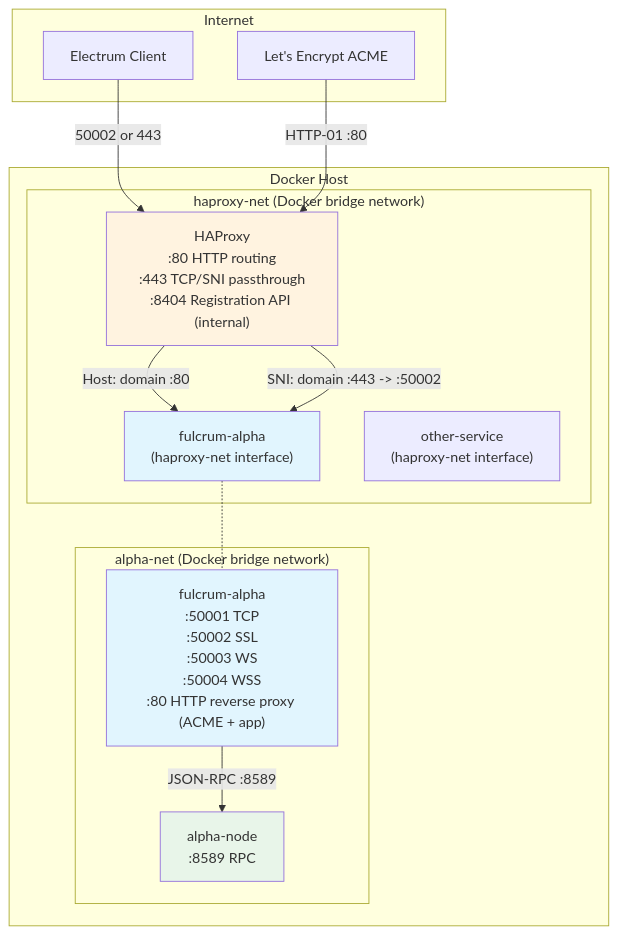
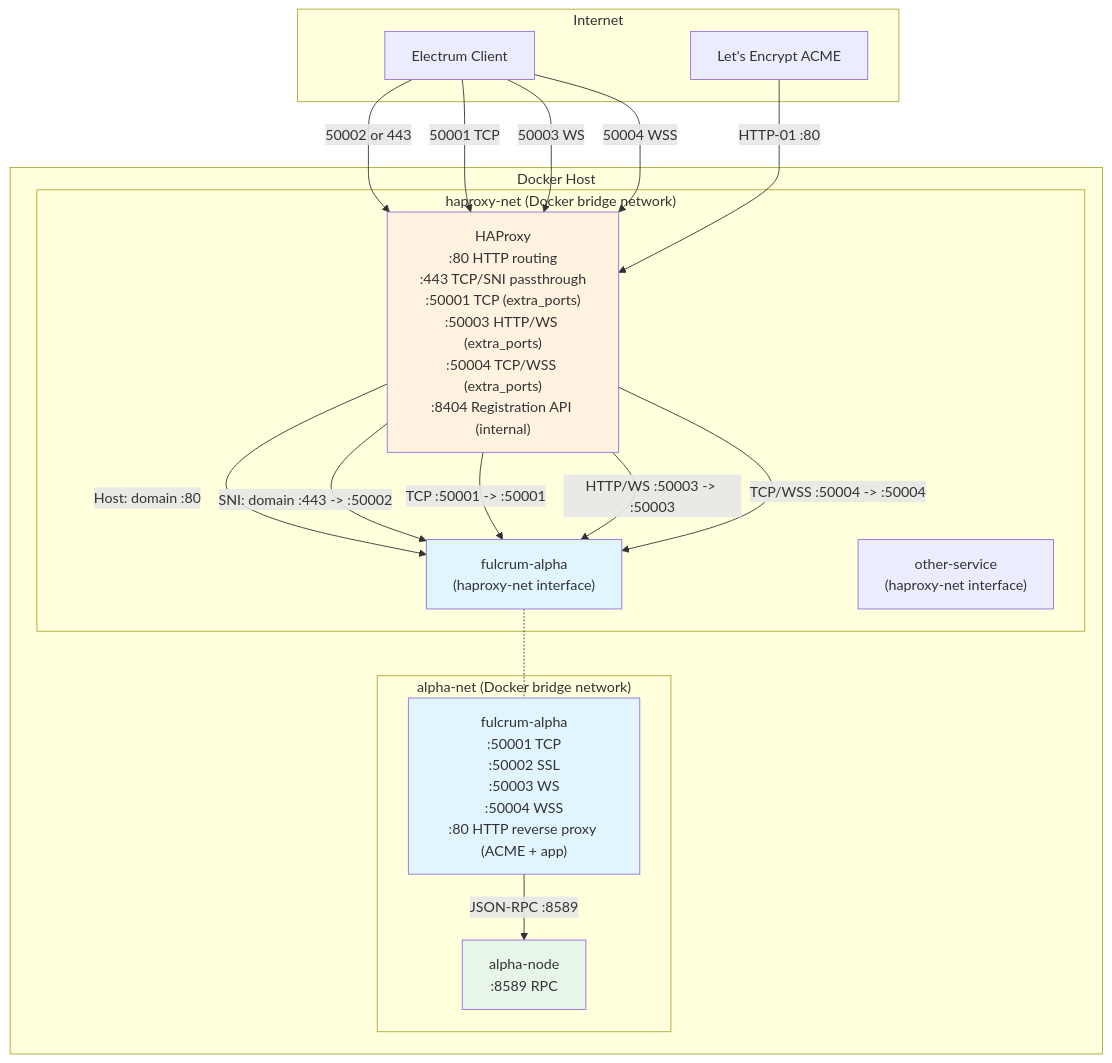
The second of 2 diagrams in docker/specs/SSL_MANAGEMENT_ARCHITECTURE.md (unicitynetwork/Fulcrum-Alpha), drawn with Mermaid before and after one commit. The commit also changed other lines of this file and 1 other file, not shown here.

First line of the commit message:
feat(docker): support non-standard ports and WebSocket via HAProxy

````diff
--- a/docker/specs/SSL_MANAGEMENT_ARCHITECTURE.md
+++ b/docker/specs/SSL_MANAGEMENT_ARCHITECTURE.md
@@ -965,32 +1022,38 @@
 ```mermaid
 graph TB
     subgraph Internet
         Client[Electrum Client]
         LE[Let's Encrypt ACME]
     end
 
     subgraph Host["Docker Host"]
         subgraph haproxy-net["haproxy-net (Docker bridge network)"]
-            HAProxy["HAProxy<br/>:80 HTTP routing<br/>:443 TCP/SNI passthrough<br/>:8404 Registration API (internal)"]
+            HAProxy["HAProxy<br/>:80 HTTP routing<br/>:443 TCP/SNI passthrough<br/>:50001 TCP (extra_ports)<br/>:50003 HTTP/WS (extra_ports)<br/>:50004 TCP/WSS (extra_ports)<br/>:8404 Registration API (internal)"]
             Fulcrum_hp["fulcrum-alpha<br/>(haproxy-net interface)"]
             Other["other-service<br/>(haproxy-net interface)"]
         end
 
         subgraph alpha-net["alpha-net (Docker bridge network)"]
             Fulcrum_an["fulcrum-alpha<br/>:50001 TCP<br/>:50002 SSL<br/>:50003 WS<br/>:50004 WSS<br/>:80 HTTP reverse proxy (ACME + app)"]
             AlphaNode["alpha-node<br/>:8589 RPC"]
         end
     end
 
     Client -->|"50002 or 443"| HAProxy
+    Client -->|"50001 TCP"| HAProxy
+    Client -->|"50003 WS"| HAProxy
+    Client -->|"50004 WSS"| HAProxy
     LE -->|"HTTP-01 :80"| HAProxy
     HAProxy -->|"Host: domain :80"| Fulcrum_hp
     HAProxy -->|"SNI: domain :443 -> :50002"| Fulcrum_hp
+    HAProxy -->|"TCP :50001 -> :50001"| Fulcrum_hp
+    HAProxy -->|"HTTP/WS :50003 -> :50003"| Fulcrum_hp
+    HAProxy -->|"TCP/WSS :50004 -> :50004"| Fulcrum_hp
     Fulcrum_hp -.- Fulcrum_an
     Fulcrum_an -->|"JSON-RPC :8589"| AlphaNode
 
     style Fulcrum_hp fill:#e1f5fe
     style Fulcrum_an fill:#e1f5fe
     style HAProxy fill:#fff3e0
     style AlphaNode fill:#e8f5e9
 ```
````
